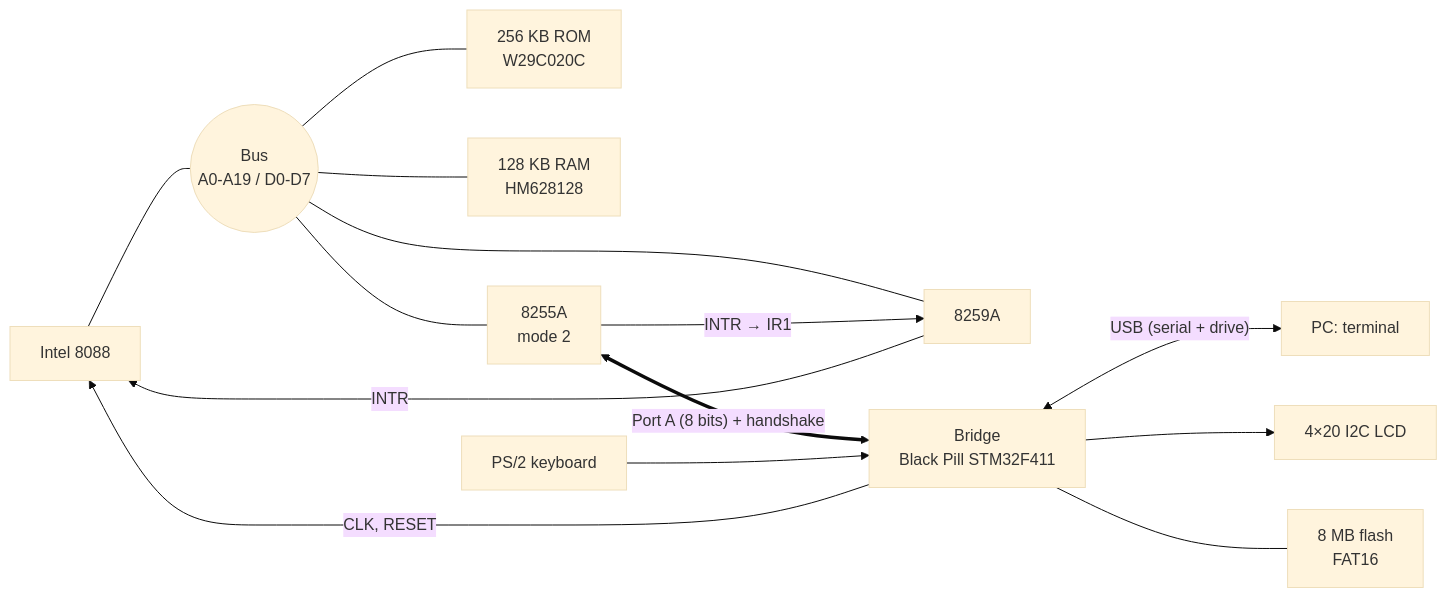
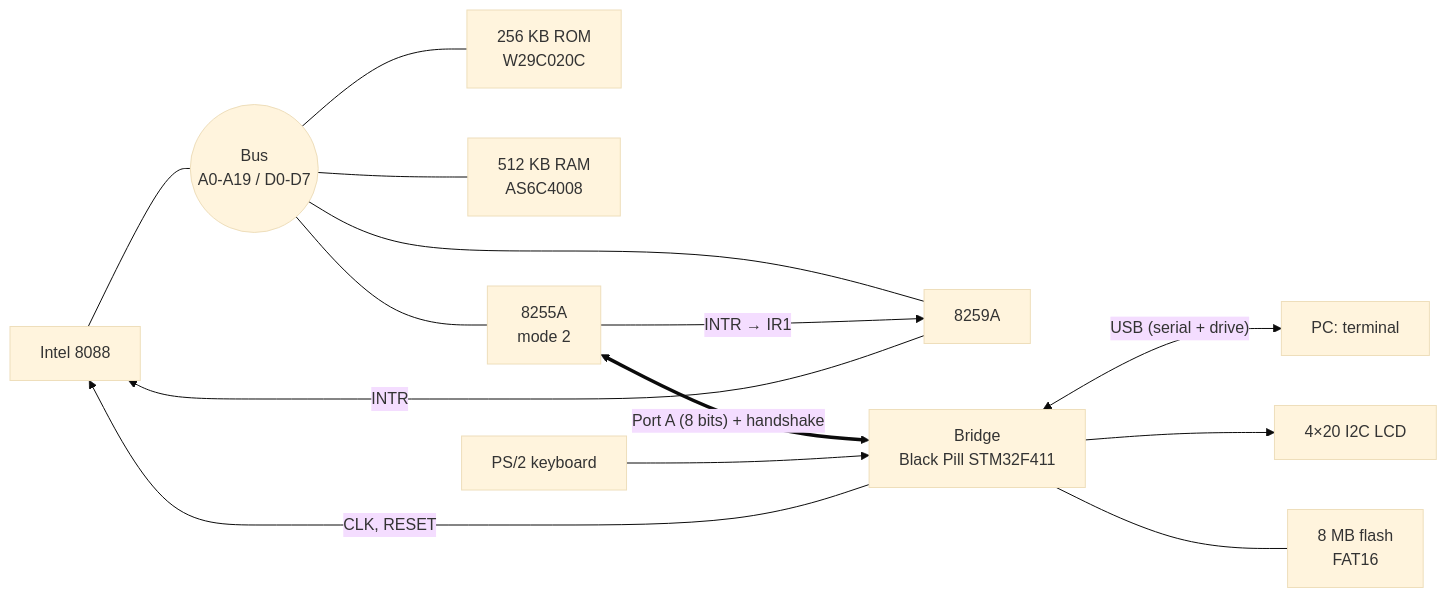
The diagram in README.md (ve2cuy/breadboard-PC), drawn with Mermaid (base theme) before and after one commit. The commit also changed other lines of this file and 16 other files, not shown here.

First line of the commit message:
Documentation a jour, animation des signaux, schema KiCad; UTF-8 au terminal; pont 1.6 en rafale

````diff
--- a/README.md
+++ b/README.md
@@ -49,16 +67,16 @@
 ```mermaid
 flowchart LR
     CPU["Intel 8088"] --- BUS(("Bus<br>A0-A19 / D0-D7"))
     BUS --- ROM["256 KB ROM<br>W29C020C"]
-    BUS --- RAM["128 KB RAM<br>HM628128"]
+    BUS --- RAM["512 KB RAM<br>AS6C4008"]
     BUS --- PIO["8255A<br>mode 2"]
     BUS --- PIC["8259A"]
     PIO -- "INTR → IR1" --> PIC
     PIC -- INTR --> CPU
     PIO <== "Port A (8 bits) + handshake" ==> BRIDGE["Bridge<br>Black Pill STM32F411"]
     BRIDGE -- "CLK, RESET" --> CPU
     KBD["PS/2 keyboard"] --> BRIDGE
     BRIDGE <-- "USB (serial + drive)" --> PC["PC: terminal"]
     BRIDGE --> LCD["4×20 I2C LCD"]
     BRIDGE --- FLASH["8 MB flash<br>FAT16"]
 ```
````
